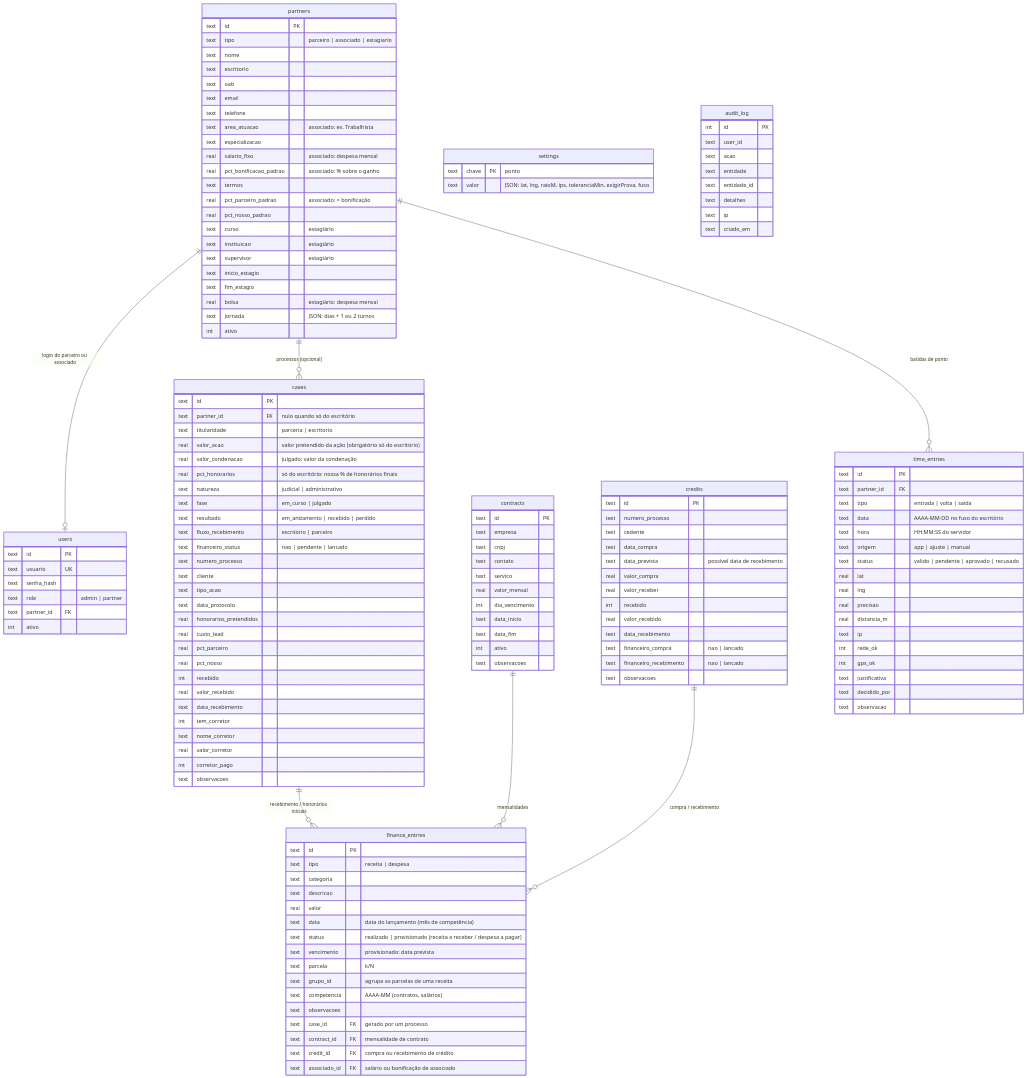
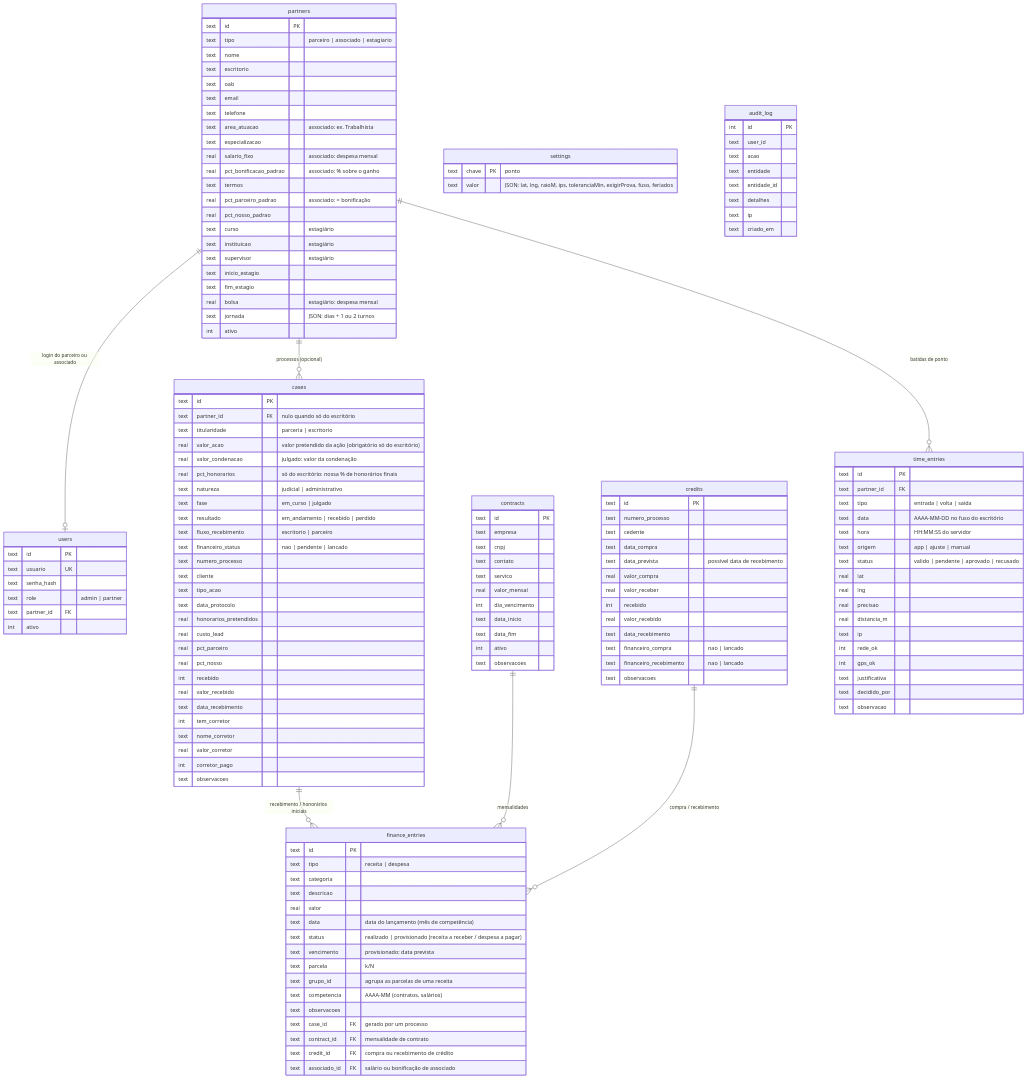
The second of 3 diagrams in ARQUITETURA.md (GACAR1524/parcerias-site), drawn with Mermaid before and after one commit. The commit also changed other lines of this file and 9 other files, not shown here.

```diff
--- a/ARQUITETURA.md
+++ b/ARQUITETURA.md
@@ -123,7 +123,7 @@
   }
   settings {
     text chave PK "ponto"
-    text valor "JSON: lat, lng, raioM, ips, toleranciaMin, exigirProva, fuso"
+    text valor "JSON: lat, lng, raioM, ips, toleranciaMin, exigirProva, fuso, feriados"
   }
   cases {
     text id PK
```
